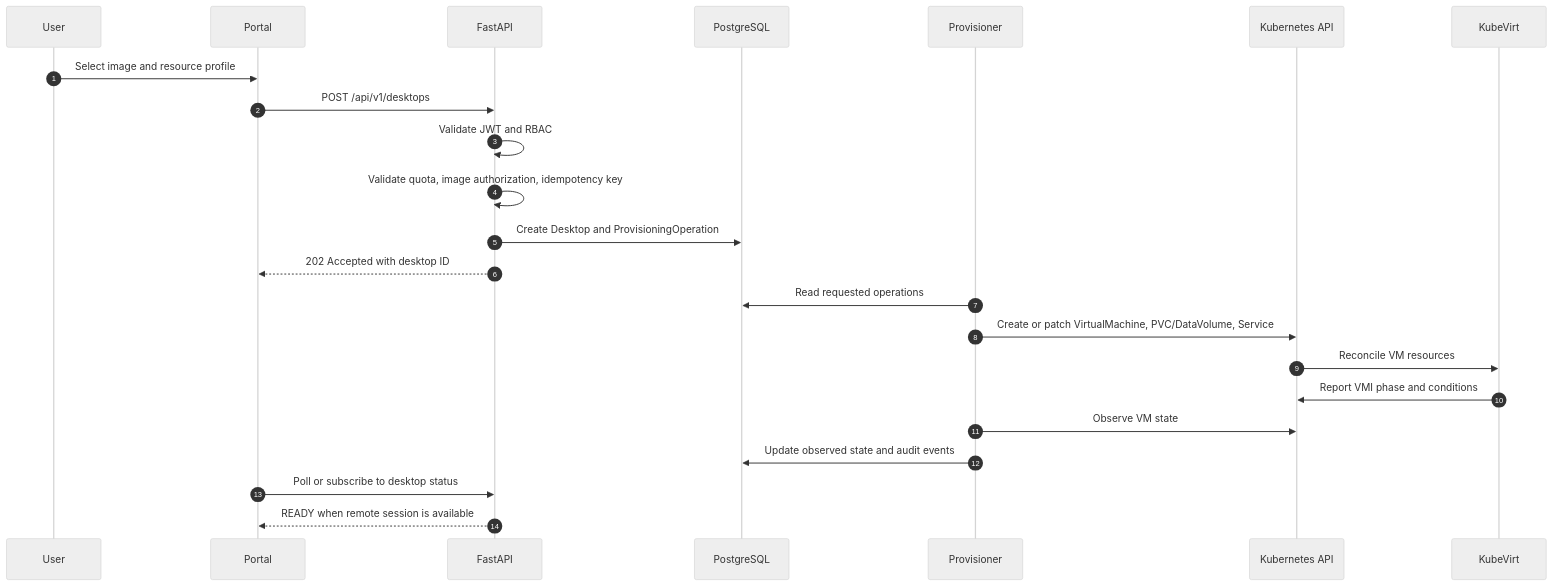
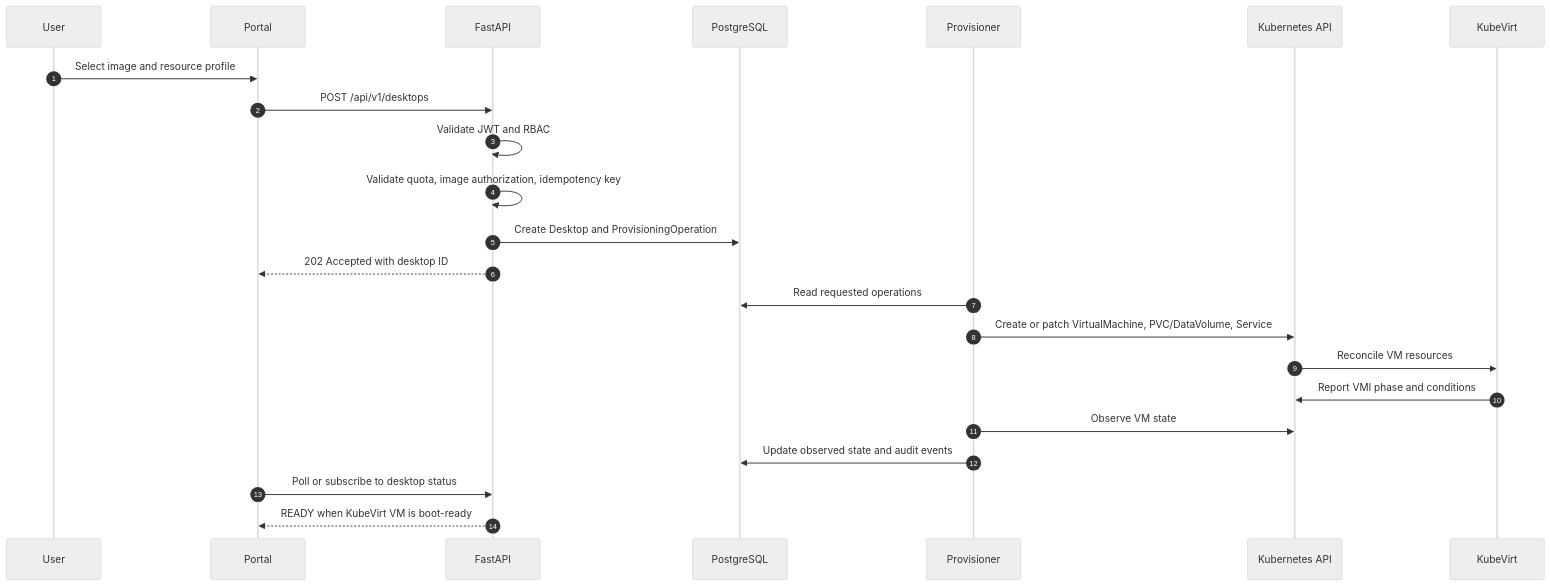
Before and after one commit to happelj/VDIForge: the ninth of 13 diagrams in docs/ARCHITECTURE.md, drawn with Mermaid (neutral theme). The commit also changed other lines of this file and 93 other files, not shown here.

````diff
--- a/docs/ARCHITECTURE.md
+++ b/docs/ARCHITECTURE.md
@@ -242,26 +268,26 @@
 ```mermaid
 sequenceDiagram
   autonumber
   participant U as User
   participant P as Portal
   participant A as FastAPI
   participant DB as PostgreSQL
   participant R as Provisioner
   participant K as Kubernetes API
   participant V as KubeVirt
 
   U->>P: Select image and resource profile
   P->>A: POST /api/v1/desktops
   A->>A: Validate JWT and RBAC
   A->>A: Validate quota, image authorization, idempotency key
   A->>DB: Create Desktop and ProvisioningOperation
   A-->>P: 202 Accepted with desktop ID
   R->>DB: Read requested operations
   R->>K: Create or patch VirtualMachine, PVC/DataVolume, Service
   K->>V: Reconcile VM resources
   V->>K: Report VMI phase and conditions
   R->>K: Observe VM state
   R->>DB: Update observed state and audit events
   P->>A: Poll or subscribe to desktop status
-  A-->>P: READY when remote session is available
+  A-->>P: READY when KubeVirt VM is boot-ready
 ```
````
